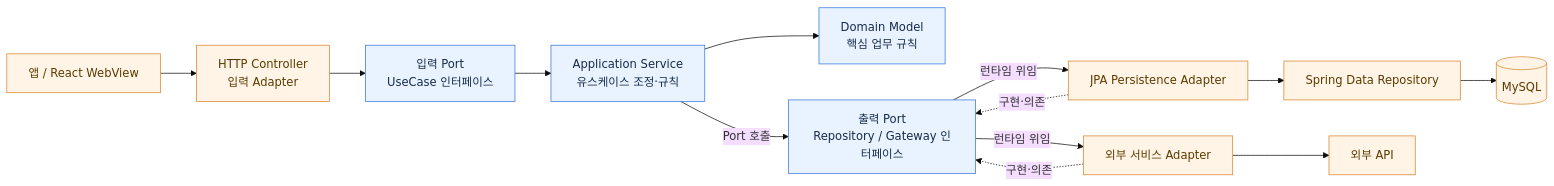
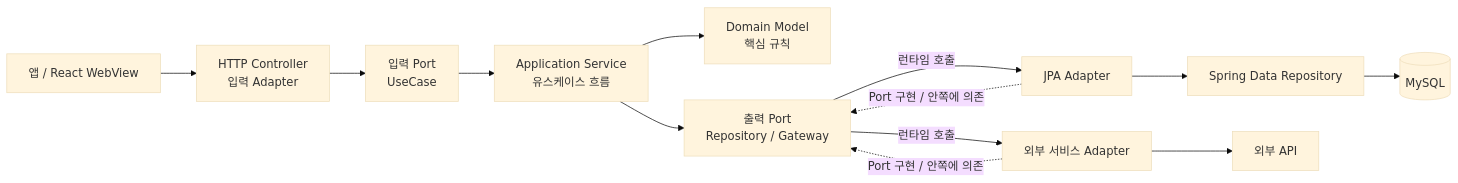
One commit to DongHyeonEom/umji-market-api changed the diagram in docs/architecture.md. Above: the diagram before and after it, drawn with Mermaid (base theme). The commit also changed other lines of this file and 16 other files, not shown here.

Commit message:
docs: align project documentation with current architecture

````diff
--- a/docs/architecture.md
+++ b/docs/architecture.md
@@ -17,22 +9,15 @@
 ```mermaid
 flowchart LR
     Client["앱 / React WebView"] --> Controller["HTTP Controller<br/>입력 Adapter"]
-    Controller --> InputPort["입력 Port<br/>UseCase 인터페이스"]
-    InputPort --> Application["Application Service<br/>유스케이스 조정·규칙"]
-    Application --> Domain["Domain Model<br/>핵심 업무 규칙"]
-
-    Application -->|Port 호출| OutputPort["출력 Port<br/>Repository / Gateway 인터페이스"]
-    OutputPort -->|런타임 위임| JpaAdapter["JPA Persistence Adapter"]
+    Controller --> InputPort["입력 Port<br/>UseCase"]
+    InputPort --> Application["Application Service<br/>유스케이스 흐름"]
+    Application --> Domain["Domain Model<br/>핵심 규칙"]
+    Application --> OutputPort["출력 Port<br/>Repository / Gateway"]
+    OutputPort -->|런타임 호출| JpaAdapter["JPA Adapter"]
     JpaAdapter --> SpringData["Spring Data Repository"]
     SpringData --> Database[("MySQL")]
-    OutputPort -->|런타임 위임| ExternalAdapter["외부 서비스 Adapter"]
-    ExternalAdapter --> ExternalService["외부 API"]
-
-    JpaAdapter -. "구현·의존" .-> OutputPort
-    ExternalAdapter -. "구현·의존" .-> OutputPort
-
-    classDef inner fill:#e8f3ff,stroke:#3273dc,color:#172b4d
-    classDef outer fill:#fff4e5,stroke:#d9822b,color:#5c3b00
-    class InputPort,Application,Domain,OutputPort inner
-    class Client,Controller,JpaAdapter,SpringData,Database,ExternalAdapter,ExternalService outer
+    OutputPort -->|런타임 호출| ExternalAdapter["외부 서비스 Adapter"]
+    ExternalAdapter --> External["외부 API"]
+    JpaAdapter -. "Port 구현 / 안쪽에 의존" .-> OutputPort
+    ExternalAdapter -. "Port 구현 / 안쪽에 의존" .-> OutputPort
 ```
````
